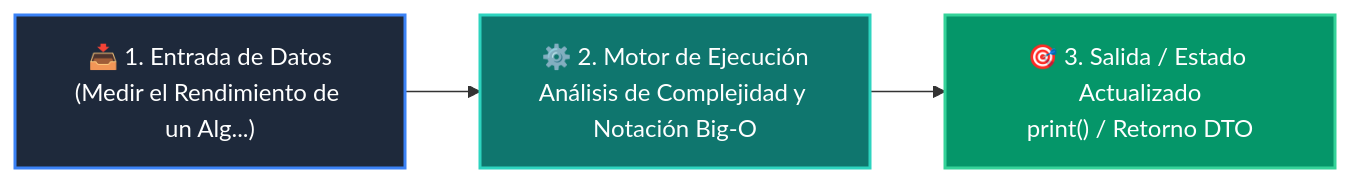
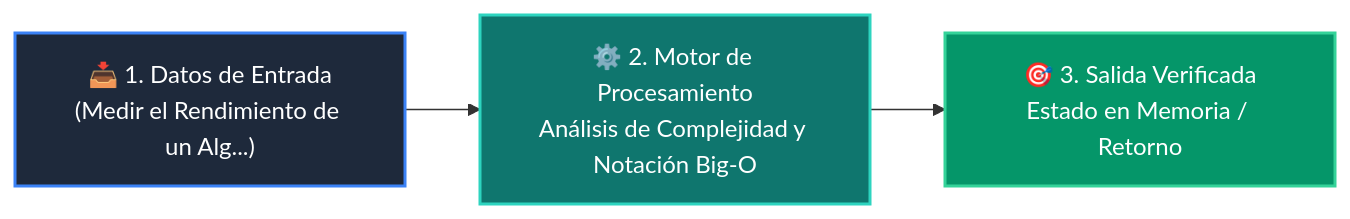
The diagram in 02-algoritmos-estructuras/clase-01-analisis-complejidad-big-o/README.md (wisrovi/wisrovi-python), drawn with Mermaid before and after one commit. The commit also changed other lines of this file and 226 other files, not shown here.

Commit message:
docs: elevate all repository READMEs to world-class mastery standard with rich pedagogical architecture, custom Mermaids, and professional styling

````diff
--- a/02-algoritmos-estructuras/clase-01-analisis-complejidad-big-o/README.md
+++ b/02-algoritmos-estructuras/clase-01-analisis-complejidad-big-o/README.md
@@ -12,9 +26,9 @@
 ```mermaid
 flowchart LR
-    A["📥 1. Entrada de Datos<br/>(Medir el Rendimiento de un Alg...)"] --> B["⚙️ 2. Motor de Ejecución<br/>Análisis de Complejidad y Notación Big-O"]
-    B --> C["🎯 3. Salida / Estado Actualizado<br/>print() / Retorno DTO"]
+    IN["📥 1. Datos de Entrada<br/>(Medir el Rendimiento de un Alg...)"] --> ENG["⚙️ 2. Motor de Procesamiento<br/>Análisis de Complejidad y Notación Big-O"]
+    ENG --> OUT["🎯 3. Salida Verificada<br/>Estado en Memoria / Retorno"]
 
-    style A fill:#1e293b,color:#ffffff,stroke:#3b82f6,stroke-width:2px
-    style B fill:#0f766e,color:#ffffff,stroke:#2dd4bf,stroke-width:2px
-    style C fill:#059669,color:#ffffff,stroke:#34d399,stroke-width:2px
+    style IN fill:#1e293b,color:#ffffff,stroke:#3b82f6,stroke-width:2px
+    style ENG fill:#0f766e,color:#ffffff,stroke:#2dd4bf,stroke-width:2px
+    style OUT fill:#059669,color:#ffffff,stroke:#34d399,stroke-width:2px
 ```
````
